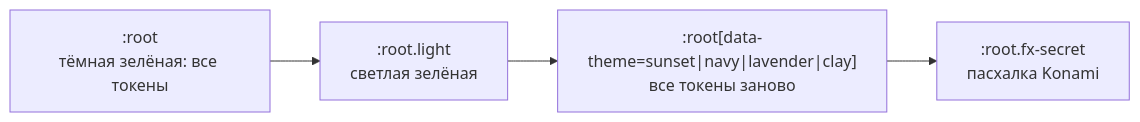
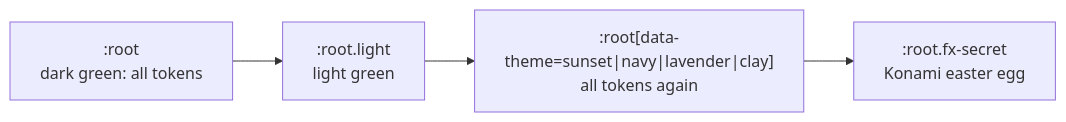
Before and after one commit to NikitkaZXC/tcloud-frontend: the second of 2 diagrams in docs/theming.md, drawn with Mermaid. The commit also changed other lines of this file and 8 other files, not shown here.

````diff
--- a/docs/theming.md
+++ b/docs/theming.md
@@ -56,6 +57,6 @@
 ```mermaid
 flowchart LR
-    base[":root<br/>тёмная зелёная: все токены"] --> light[":root.light<br/>светлая зелёная"]
-    light --> presets[":root[data-theme=sunset|navy|lavender|clay]<br/>все токены заново"]
-    presets --> secret[":root.fx-secret<br/>пасхалка Konami"]
+    base[":root<br/>dark green: all tokens"] --> light[":root.light<br/>light green"]
+    light --> presets[":root[data-theme=sunset|navy|lavender|clay]<br/>all tokens again"]
+    presets --> secret[":root.fx-secret<br/>Konami easter egg"]
 ```
````
